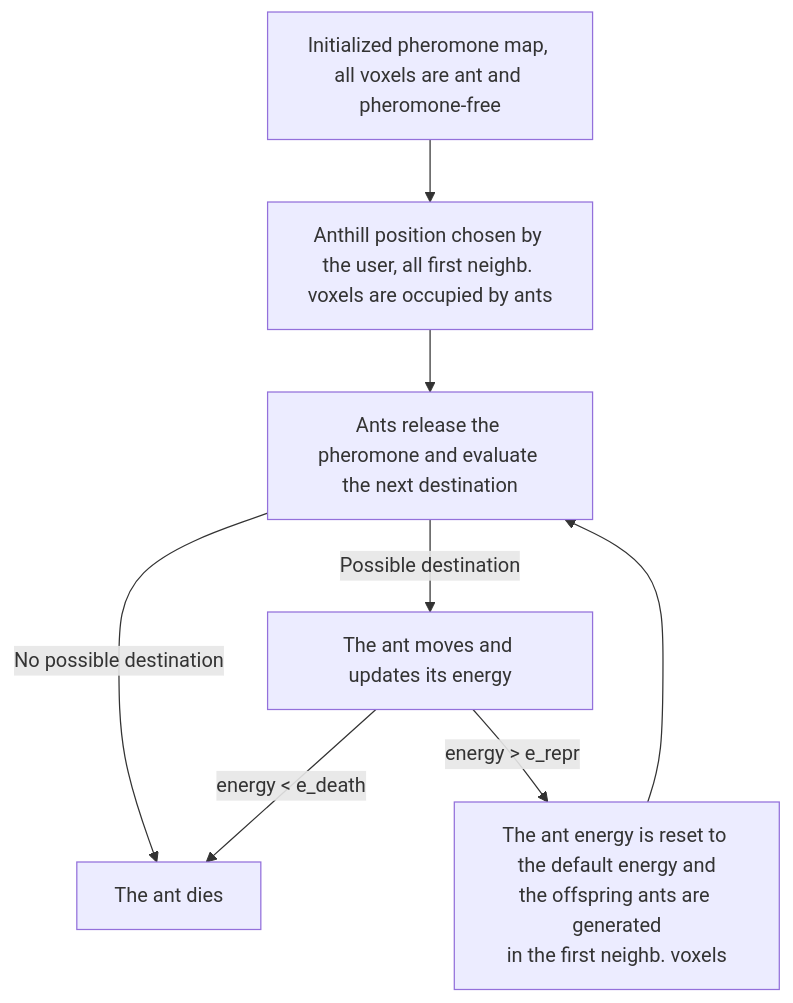
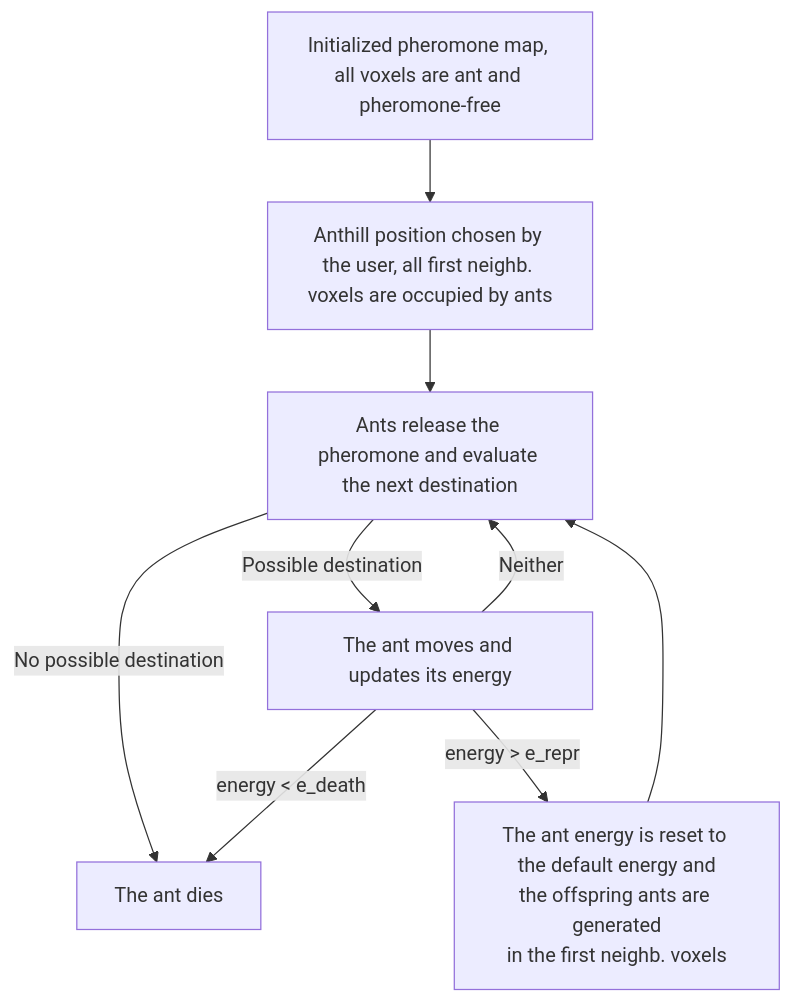
The diagram in README.md (LorenzoPierfederici98/CAM_algorithm), drawn with Mermaid before and after one commit.

````diff
--- a/README.md
+++ b/README.md
@@ -16,12 +16,13 @@
 ```mermaid
 graph TD;
     A[Initialized pheromone map, all voxels are ant and pheromone-free]-->B[Anthill position chosen by the user, all first neighb. voxels are occupied by ants];
     B-->C[Ants release the pheromone and evaluate the next destination];
     C-->|No possible destination| D[The ant dies];
     C-->|Possible destination| E[The ant moves and updates its energy];
     E-->|energy < e_death| D
+    E-->|Neither| C
     E-->|energy > e_repr| F[The ant energy is reset to the default energy and
 the offspring ants are generated
 in the first neighb. voxels]
     F-->C
 ```
````
